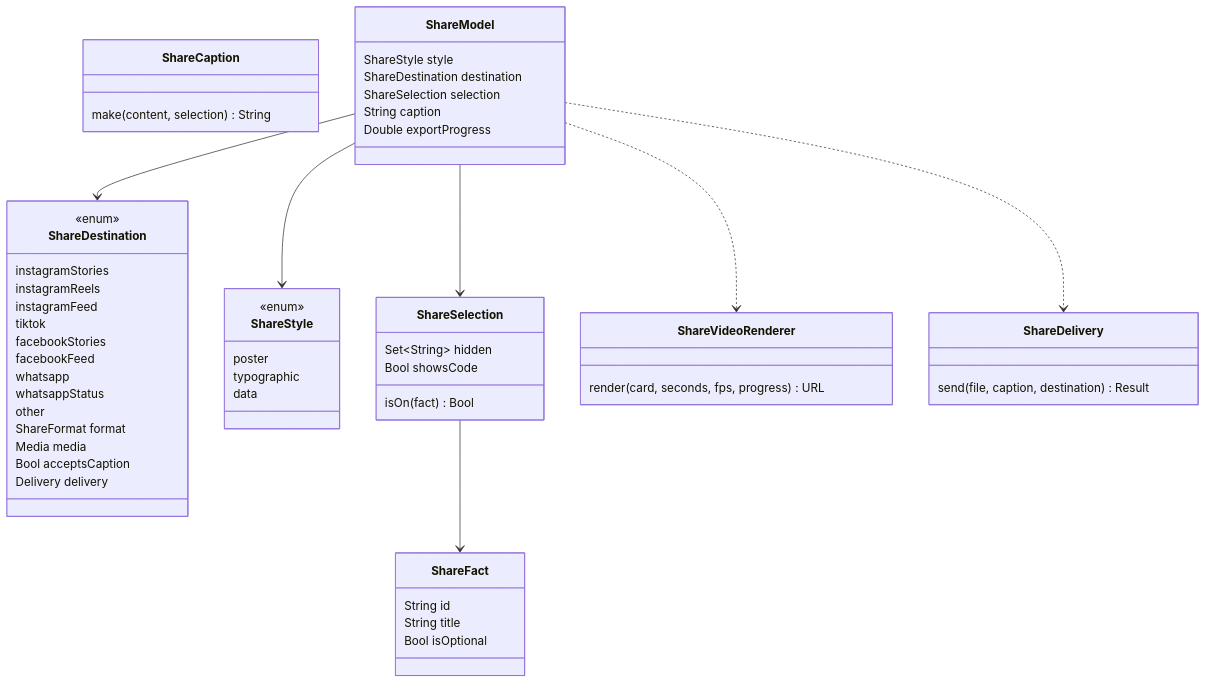
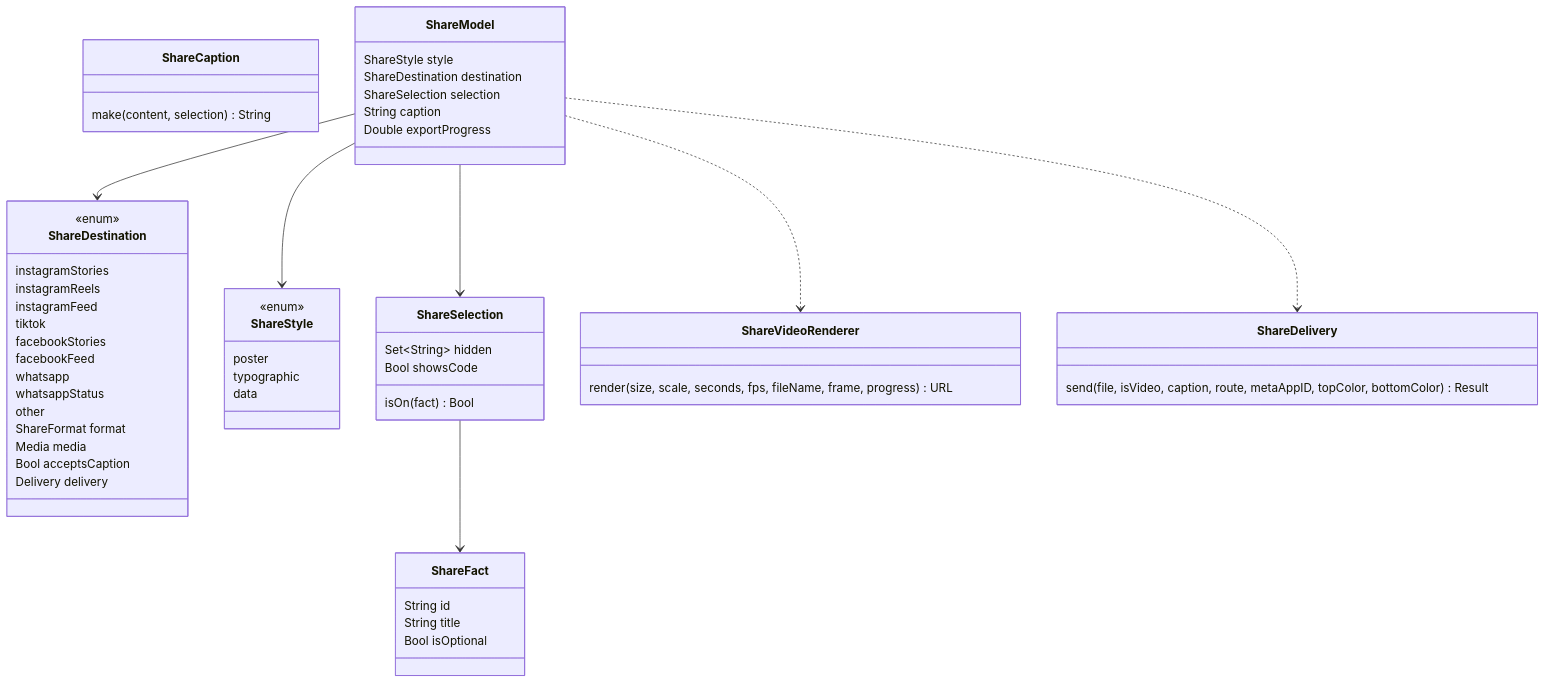
One commit to byescaleira/fiscal changed the diagram in spdd/prompt/FSC-010-202610312345-[Feat]-share-flow-by-network.md. Above: the diagram before and after it, drawn with Mermaid. The commit also changed other lines of this file and 30 other files, not shown here.

````diff
--- a/spdd/prompt/FSC-010-202610312345-[Feat]-share-flow-by-network.md
+++ b/spdd/prompt/FSC-010-202610312345-[Feat]-share-flow-by-network.md
@@ -76,57 +76,57 @@
 ```mermaid
 classDiagram
   class ShareDestination {
     <<enum>>
     instagramStories
     instagramReels
     instagramFeed
     tiktok
     facebookStories
     facebookFeed
     whatsapp
     whatsappStatus
     other
     ShareFormat format
     Media media
     Bool acceptsCaption
     Delivery delivery
   }
   class ShareStyle {
     <<enum>>
     poster
     typographic
     data
   }
   class ShareSelection {
     Set~String~ hidden
     Bool showsCode
     isOn(fact) Bool
   }
   class ShareFact {
     String id
     String title
     Bool isOptional
   }
   class ShareCaption {
     make(content, selection) String
   }
   class ShareVideoRenderer {
-    render(card, seconds, fps, progress) URL
+    render(size, scale, seconds, fps, fileName, frame, progress) URL
   }
   class ShareDelivery {
-    send(file, caption, destination) Result
+    send(file, isVideo, caption, route, metaAppID, topColor, bottomColor) Result
   }
   class ShareModel {
     ShareStyle style
     ShareDestination destination
     ShareSelection selection
     String caption
     Double exportProgress
   }
   ShareModel --> ShareDestination
   ShareModel --> ShareStyle
   ShareModel --> ShareSelection
   ShareSelection --> ShareFact
   ShareModel ..> ShareVideoRenderer
   ShareModel ..> ShareDelivery
 ```
````
